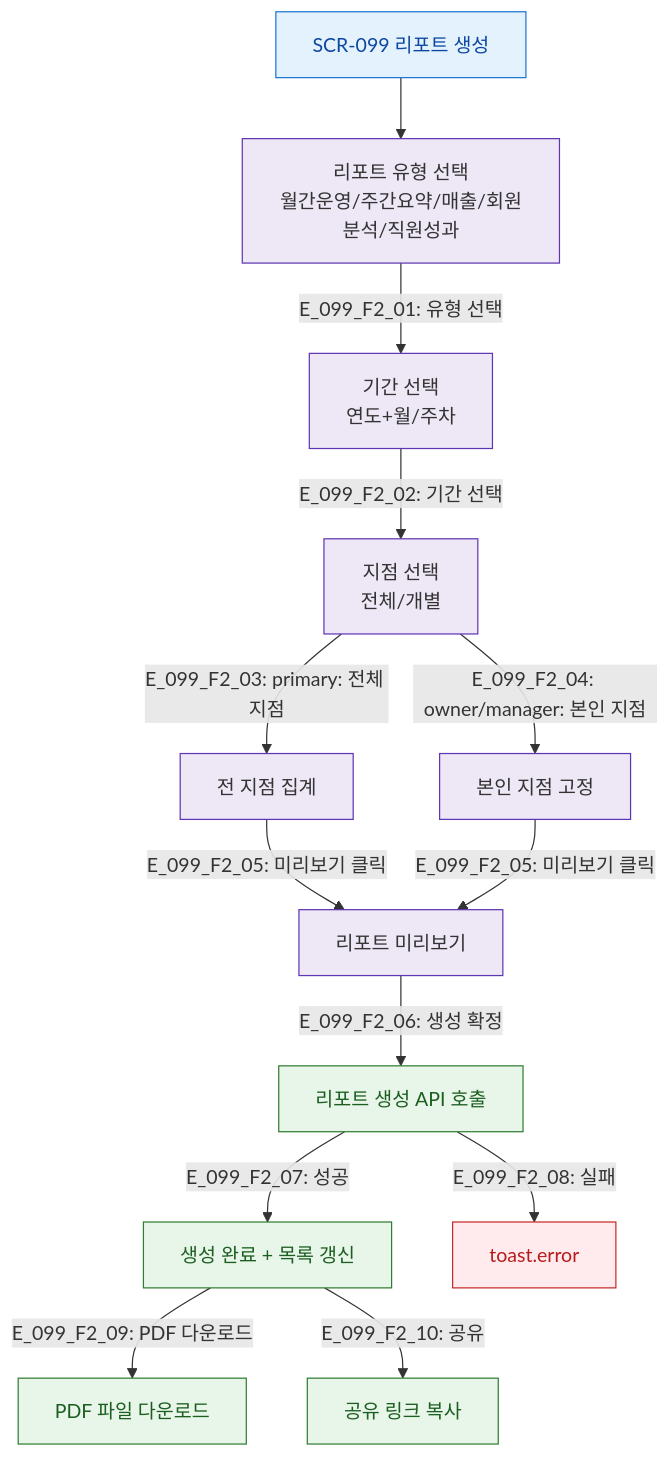
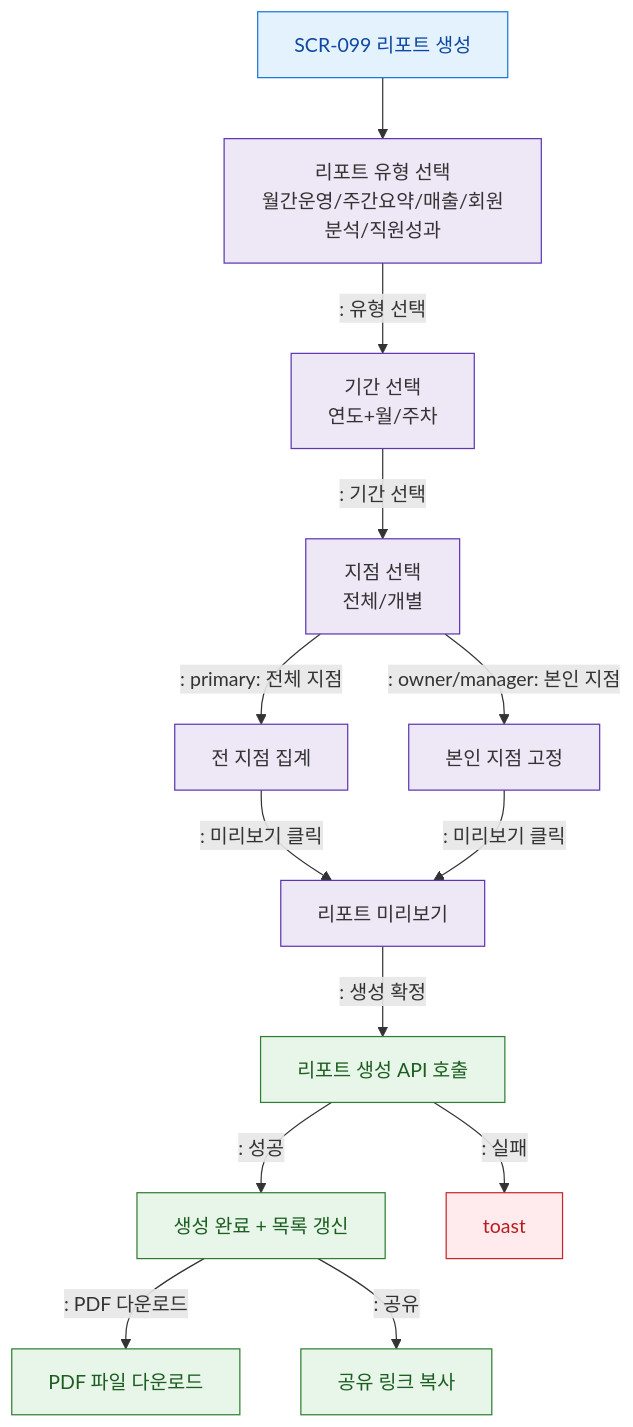
Before and after one commit to dev-spogym/admin-pando: the diagram in docs/다이어그램/D10_본사관리/SCR-099_리포트생성/F2_메인.md, drawn with Mermaid. The commit also changed other lines of this file and 1660 other files, not shown here.

First line of the commit message:
다이어그램: 기획자/클라이언트 납품본으로 정리

````diff
--- a/docs/다이어그램/D10_본사관리/SCR-099_리포트생성/F2_메인.md
+++ b/docs/다이어그램/D10_본사관리/SCR-099_리포트생성/F2_메인.md
@@ -14,28 +12,28 @@
 ```mermaid
 flowchart TD
   SCR_099[SCR-099 리포트 생성]
 
   SCR_099 --> TypeSelect[리포트 유형 선택\n월간운영/주간요약/매출/회원분석/직원성과]
-  TypeSelect -->|"E_099_F2_01: 유형 선택"| PeriodSelect[기간 선택\n연도+월/주차]
-  PeriodSelect -->|"E_099_F2_02: 기간 선택"| BranchSelect[지점 선택\n전체/개별]
-  BranchSelect -->|"E_099_F2_03: primary: 전체 지점"| AllBranch[전 지점 집계]
-  BranchSelect -->|"E_099_F2_04: owner/manager: 본인 지점"| OwnBranch[본인 지점 고정]
+  TypeSelect -->|": 유형 선택"|PeriodSelect[기간 선택\n연도+월/주차]
+  PeriodSelect -->|": 기간 선택"|BranchSelect[지점 선택\n전체/개별]
+  BranchSelect -->|": primary: 전체 지점"|AllBranch[전 지점 집계]
+  BranchSelect -->|": owner/manager: 본인 지점"|OwnBranch[본인 지점 고정]
 
-  AllBranch & OwnBranch -->|"E_099_F2_05: 미리보기 클릭"| Preview[리포트 미리보기]
-  Preview -->|"E_099_F2_06: 생성 확정"| Generate[리포트 생성 API 호출]
-  Generate -->|"E_099_F2_07: 성공"| Done[생성 완료 + 목록 갱신]
-  Generate -->|"E_099_F2_08: 실패"| Error[toast.error]
+  AllBranch & OwnBranch -->|": 미리보기 클릭"|Preview[리포트 미리보기]
+  Preview -->|": 생성 확정"|Generate[리포트 생성 API 호출]
+  Generate -->|": 성공"|Done[생성 완료 + 목록 갱신]
+  Generate -->|": 실패"|Error[toast]
 
-  Done -->|"E_099_F2_09: PDF 다운로드"| Download[PDF 파일 다운로드]
-  Done -->|"E_099_F2_10: 공유"| Share[공유 링크 복사]
+  Done -->|": PDF 다운로드"|Download[PDF 파일 다운로드]
+  Done -->|": 공유"|Share[공유 링크 복사]
 
   classDef screen fill:#E3F2FD,stroke:#1976D2,color:#0D47A1
   classDef system fill:#EDE7F6,stroke:#5E35B2
   classDef success fill:#E8F5E9,stroke:#2E7D32,color:#1B5E20
   classDef error fill:#FFEBEE,stroke:#C62828,color:#B71C1C
 
   class SCR_099 screen
   class TypeSelect,PeriodSelect,BranchSelect,AllBranch,OwnBranch,Preview system
   class Generate,Done,Download,Share success
   class Error error
 ```
````
